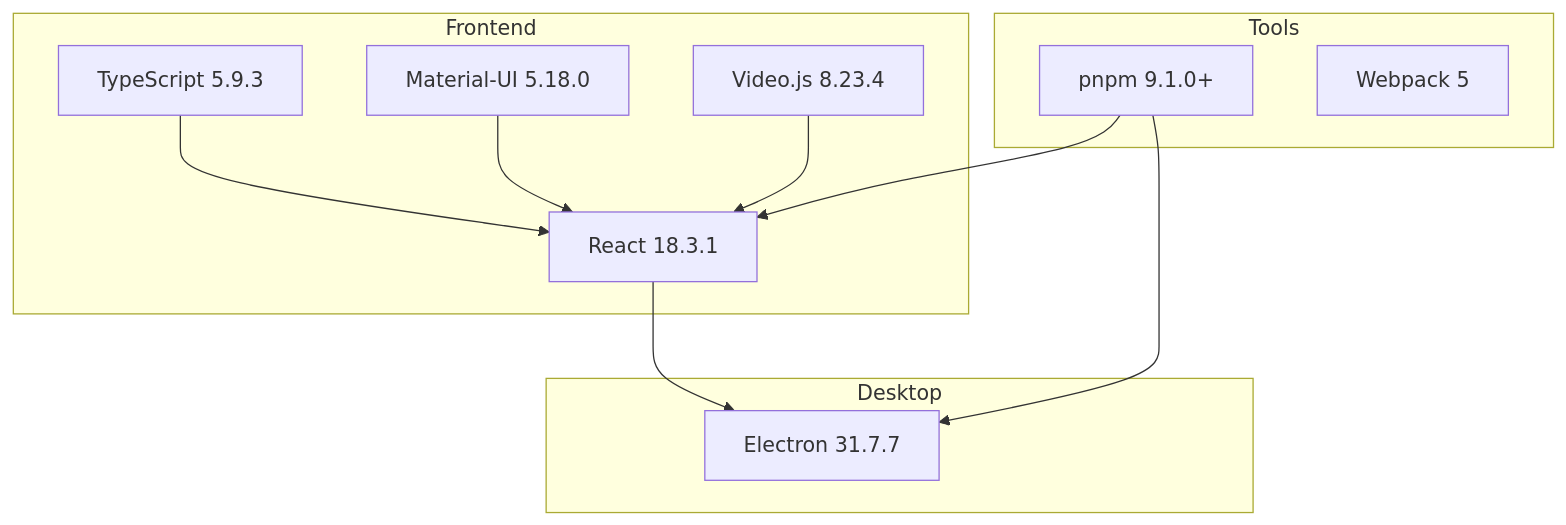
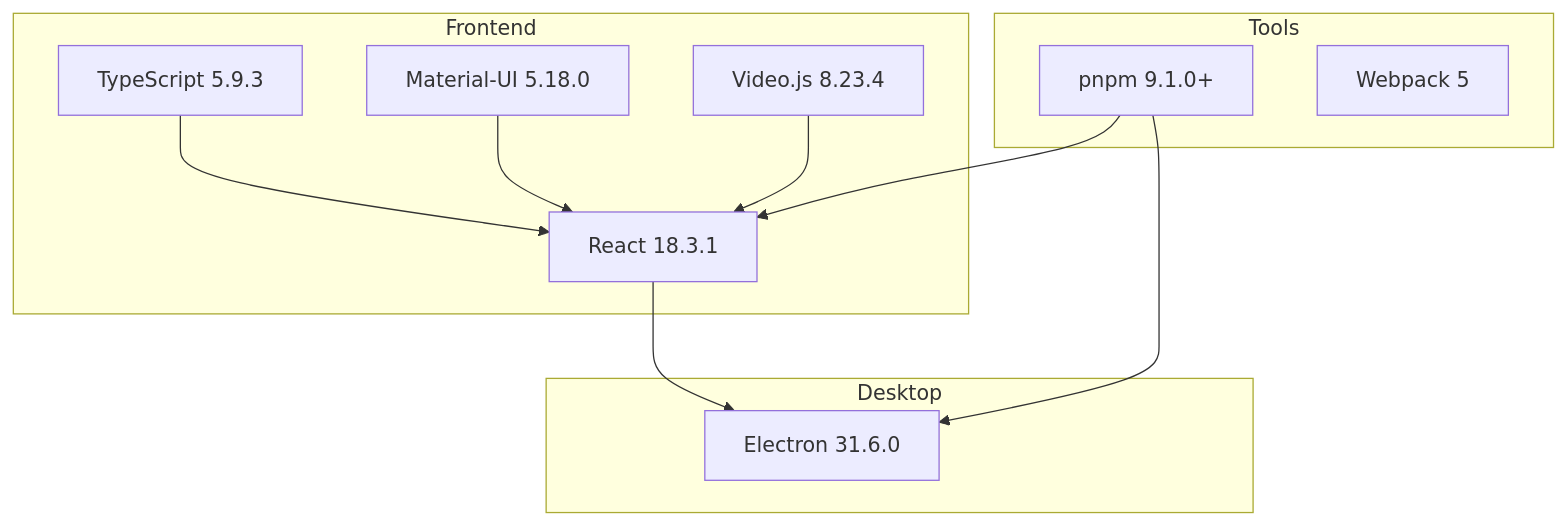
The first of 4 diagrams in ARCHITECTURE.md (Kou-ISK/sportaglytics), drawn with Mermaid before and after one commit. The commit also changed other lines of this file and 9 other files, not shown here.

````diff
--- a/ARCHITECTURE.md
+++ b/ARCHITECTURE.md
@@ -46,25 +46,25 @@
 ```mermaid
 graph TB
     subgraph Frontend
         React[React 18.3.1]
         TS[TypeScript 5.9.3]
         MUI[Material-UI 5.18.0]
         VideoJS[Video.js 8.23.4]
     end
 
     subgraph Desktop
-        Electron[Electron 31.7.7]
+        Electron[Electron 31.6.0]
     end
 
     subgraph Tools
         pnpm[pnpm 9.1.0+]
         Webpack[Webpack 5]
     end
 
     React --> Electron
     TS --> React
     MUI --> React
     VideoJS --> React
     pnpm --> React
     pnpm --> Electron
 ```
````
